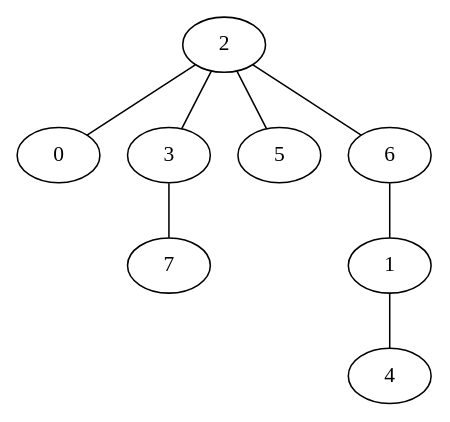
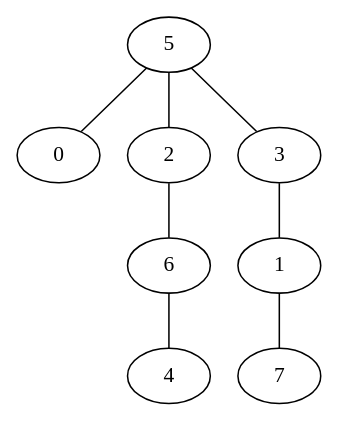
One commit to VillegasGG/greedy-firefighter-problem changed the diagram in experiments/pygrapghviz.dot. Above: the diagram before and after it, drawn with Graphviz. The commit also changed 2 other files, not shown here.

```diff
--- a/experiments/pygrapghviz.dot
+++ b/experiments/pygrapghviz.dot
@@ -1,9 +1,9 @@
 strict graph "" {
-	2 -- 0;
-	2 -- 3;
-	2 -- 5;
+	5 -- 0;
+	5 -- 2;
+	5 -- 3;
 	2 -- 6;
-	3 -- 7;
-	6 -- 1;
-	1 -- 4;
+	3 -- 1;
+	1 -- 7;
+	6 -- 4;
 }
```
